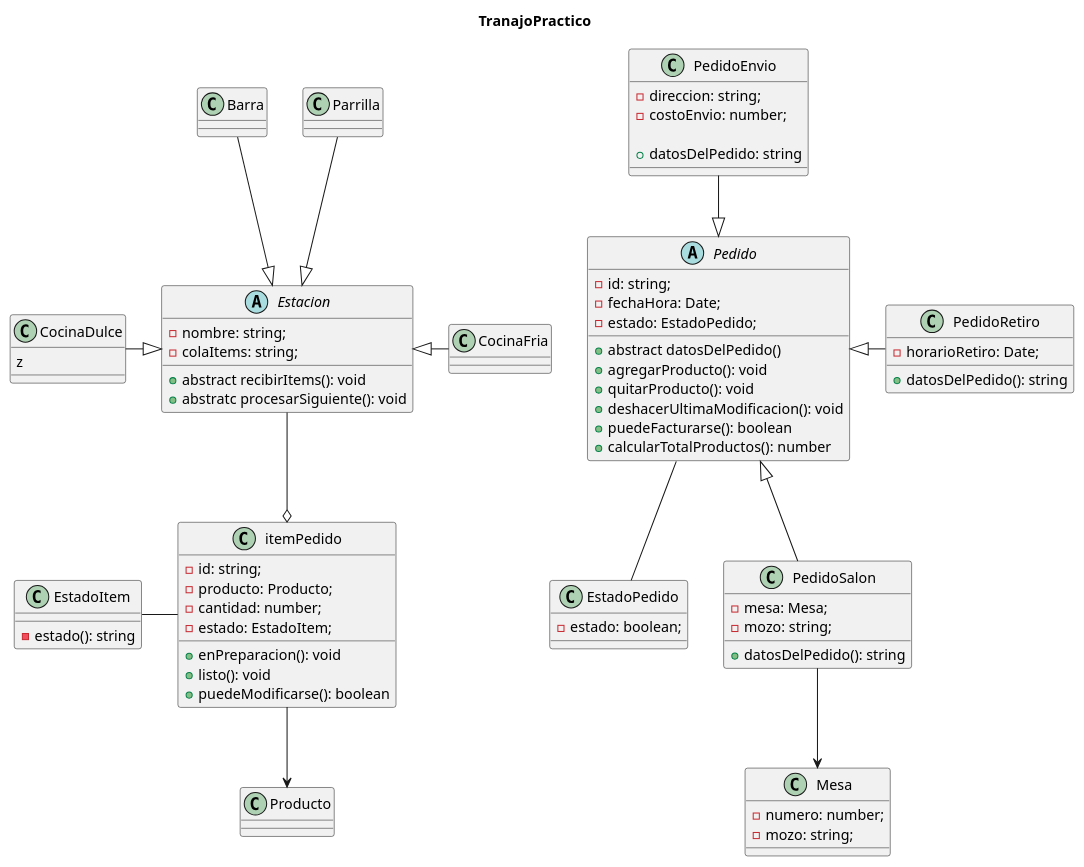
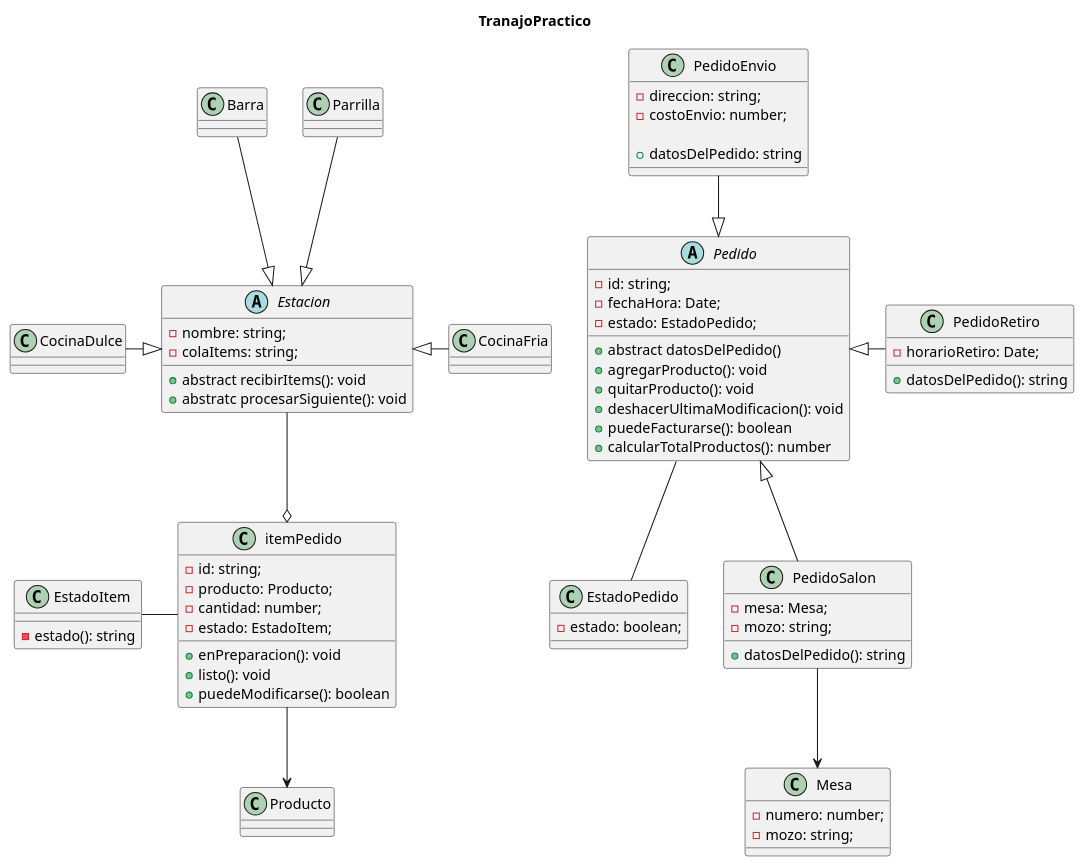
Before and after one commit to Laszlo-GAN/TP-Programacion-2--Grupo-12: the diagram in src/Diagrama/index.puml, drawn with PlantUML. The commit also changed 22 other files, not shown here.

```diff
--- a/src/Diagrama/index.puml
+++ b/src/Diagrama/index.puml
@@ -1,92 +1,92 @@
 @startuml
     title TranajoPractico
     abstract class Pedido {
         - id: string;
         - fechaHora: Date;
         - estado: EstadoPedido;
 
         + abstract datosDelPedido()
         + agregarProducto(): void
         + quitarProducto(): void
         + deshacerUltimaModificacion(): void
         + puedeFacturarse(): boolean
         + calcularTotalProductos(): number
     }
     class EstadoPedido {
         - estado: boolean;
     }
     class Mesa {
         - numero: number;
         - mozo: string;
     }
 
     class Producto {
 
     }
     class itemPedido {
         - id: string;
         - producto: Producto;
         - cantidad: number;
         - estado: EstadoItem;
 
         + enPreparacion(): void
         + listo(): void
         + puedeModificarse(): boolean
     }
     class PedidoSalon {
         - mesa: Mesa;
         - mozo: string;
 
         + datosDelPedido(): string
     }
     class PedidoEnvio {
         - direccion: string;
         - costoEnvio: number;
 
         + datosDelPedido: string
     }
 
     class PedidoRetiro {
         - horarioRetiro: Date;
 
         + datosDelPedido(): string
     }
     abstract class Estacion {
         - nombre: string;
         - colaItems: string;
 
         + abstract recibirItems(): void
         + abstratc procesarSiguiente(): void 
     }
 
     class EstadoItem {
         - estado(): string
     }
     
     class Parrilla {
 
     }
     class CocinaFria {
 
     }
     class Barra {
 
     }
     class CocinaDulce {
-z
+        
     }
     
     Pedido <|-- PedidoSalon
     Pedido <|-u- PedidoEnvio
     Pedido <|-r- PedidoRetiro
     Pedido -d- EstadoPedido
     PedidoSalon --> Mesa
     itemPedido --> Producto
     itemPedido -l- EstadoItem
     itemPedido o-u- Estacion
     Estacion <|-u- Parrilla
     Estacion <|-l- CocinaDulce
     Estacion <|-r- CocinaFria
     Estacion <|-u- Barra 
 
 @enduml
```
